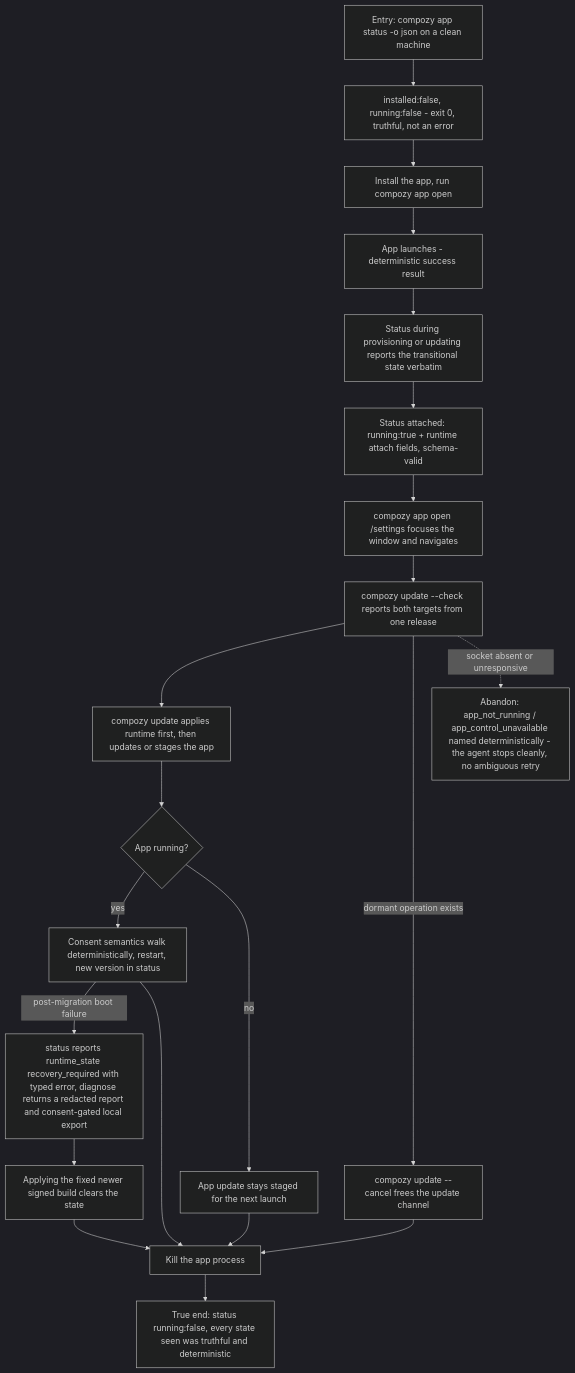
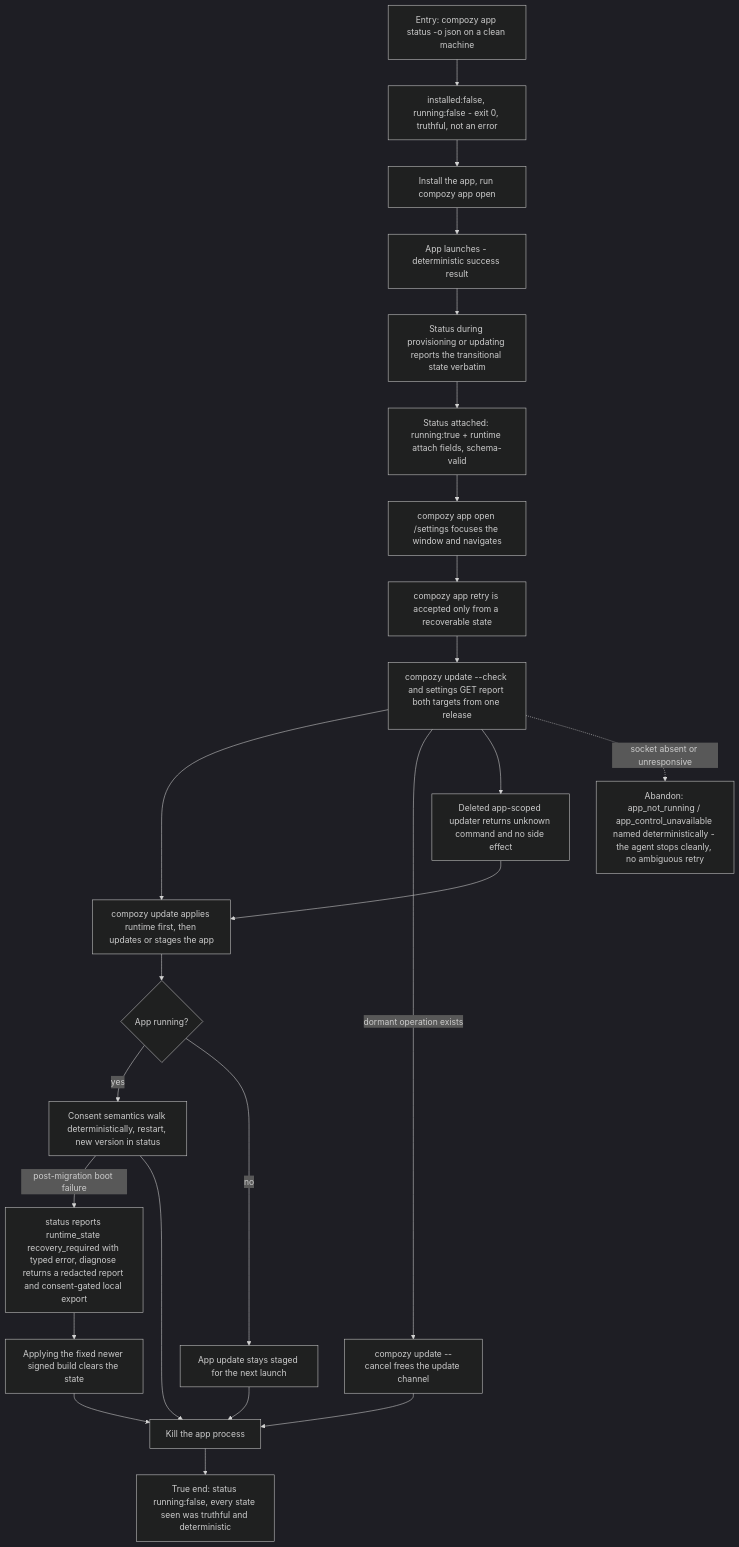
The diagram in docs/qa/journeys/J-desktop-agent-headless.md (compozy/compozy), drawn with Mermaid (dark theme) before and after one commit. The commit also changed other lines of this file and 92 other files, not shown here.

First line of the commit message:
feat: QA Plan and Session Charters #06

````diff
--- a/docs/qa/journeys/J-desktop-agent-headless.md
+++ b/docs/qa/journeys/J-desktop-agent-headless.md
@@ -7,23 +8,26 @@
 ```mermaid
 flowchart TD
     A[Entry: compozy app status -o json on a clean machine] --> B[installed:false, running:false - exit 0, truthful, not an error]
     B --> C[Install the app, run compozy app open]
     C --> D[App launches - deterministic success result]
     D --> E[Status during provisioning or updating reports the transitional state verbatim]
     E --> F[Status attached: running:true + runtime attach fields, schema-valid]
     F --> G[compozy app open /settings focuses the window and navigates]
-    G --> H[compozy update --check reports both targets from one release]
+    G --> G1[compozy app retry is accepted only from a recoverable state]
+    G1 --> H[compozy update --check and settings GET report both targets from one release]
     H --> I[compozy update applies runtime first, then updates or stages the app]
     I --> J{App running?}
     J -->|yes| K[Consent semantics walk deterministically, restart, new version in status]
     J -->|no| P[App update stays staged for the next launch]
     H -->|dormant operation exists| Q[compozy update --cancel frees the update channel]
     K -->|post-migration boot failure| L[status reports runtime_state recovery_required with typed error, diagnose returns a redacted report and consent-gated local export]
     L --> M[Applying the fixed newer signed build clears the state]
     K --> N[Kill the app process]
     P --> N
     Q --> N
     M --> N
     N --> O[True end: status running:false, every state seen was truthful and deterministic]
+    H --> R[Deleted app-scoped updater returns unknown command and no side effect]
+    R --> I
     H -.->|socket absent or unresponsive| X1[Abandon: app_not_running / app_control_unavailable named deterministically - the agent stops cleanly, no ambiguous retry]
 ```
````
